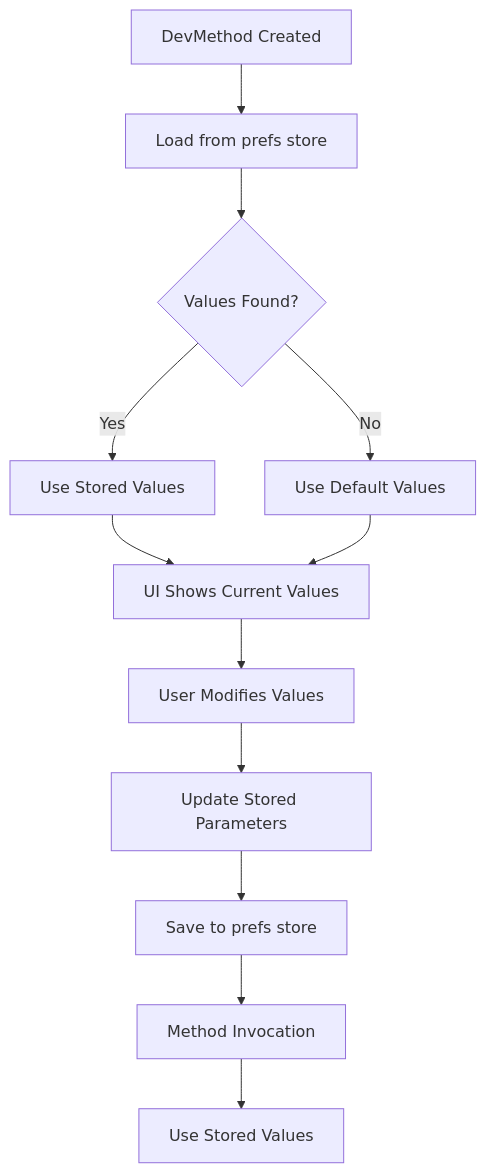
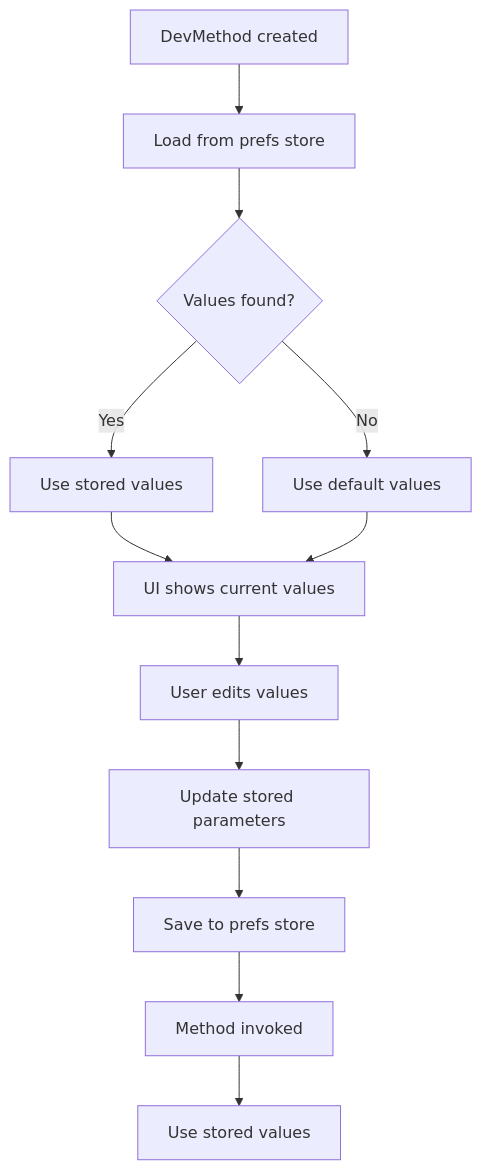
Before and after one commit to routaz/DevMenuTool: the diagram in com.routaz.devmenu/README.md, drawn with Mermaid. The commit also changed other lines of this file and 2 other files, not shown here.

````diff
--- a/com.routaz.devmenu/README.md
+++ b/com.routaz.devmenu/README.md
@@ -87,14 +105,14 @@
 ```mermaid
 graph TD
-    A[DevMethod Created] --> B[Load from prefs store]
-    B --> C{Values Found?}
-    C -->|Yes| D[Use Stored Values]
-    C -->|No| E[Use Default Values]
-    D --> F[UI Shows Current Values]
+    A[DevMethod created] --> B[Load from prefs store]
+    B --> C{Values found?}
+    C -->|Yes| D[Use stored values]
+    C -->|No| E[Use default values]
+    D --> F[UI shows current values]
     E --> F
-    F --> G[User Modifies Values]
-    G --> H[Update Stored Parameters]
+    F --> G[User edits values]
+    G --> H[Update stored parameters]
     H --> I[Save to prefs store]
-    I --> J[Method Invocation]
-    J --> K[Use Stored Values]
+    I --> J[Method invoked]
+    J --> K[Use stored values]
 ```
````
